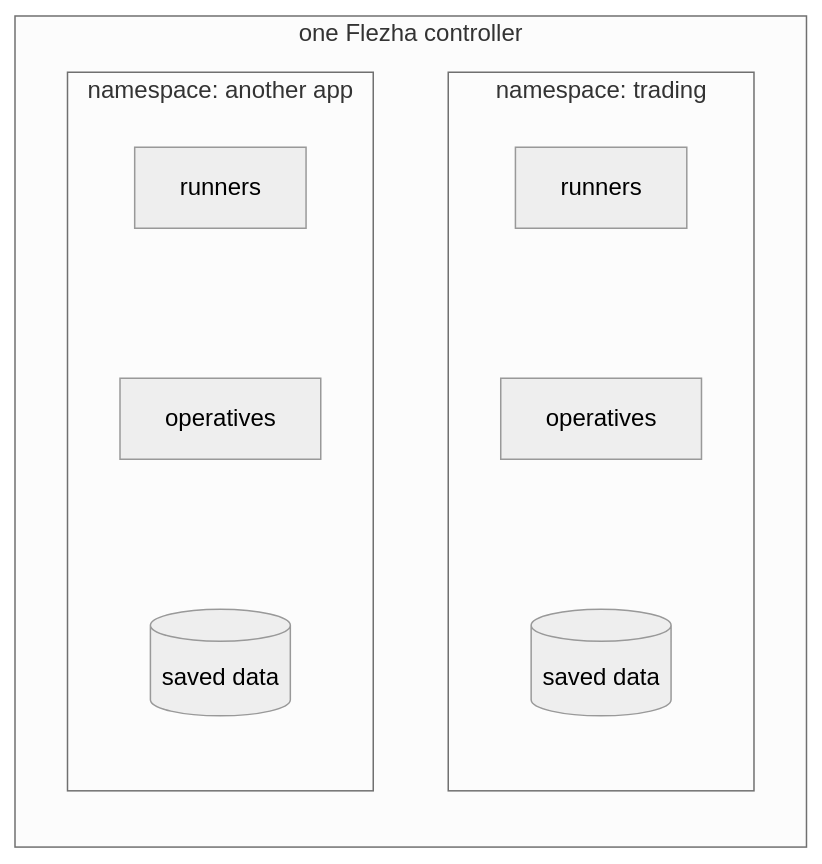
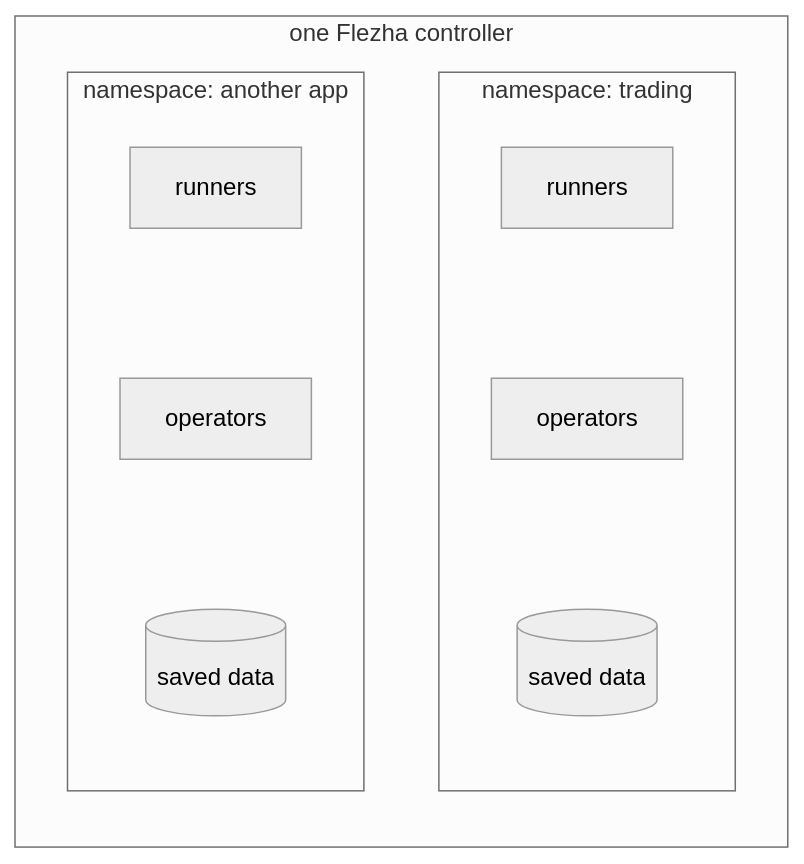
Before and after one commit to Flezha/flezha: the diagram in docs/guides/tradedesk/namespaces.md, drawn with Mermaid (neutral theme). The commit also changed other lines of this file and 929 other files, not shown here.

````diff
--- a/docs/guides/tradedesk/namespaces.md
+++ b/docs/guides/tradedesk/namespaces.md
@@ -21,13 +21,13 @@
 ```mermaid
 flowchart LR
     subgraph C["one Flezha controller"]
         subgraph T["namespace: trading"]
             direction TB
-            T1["runners"] ~~~ T2["operatives"] ~~~ T3[("saved data")]
+            T1["runners"] ~~~ T2["operators"] ~~~ T3[("saved data")]
         end
         subgraph M["namespace: another app"]
             direction TB
-            M1["runners"] ~~~ M2["operatives"] ~~~ M3[("saved data")]
+            M1["runners"] ~~~ M2["operators"] ~~~ M3[("saved data")]
         end
     end
 ```
````
